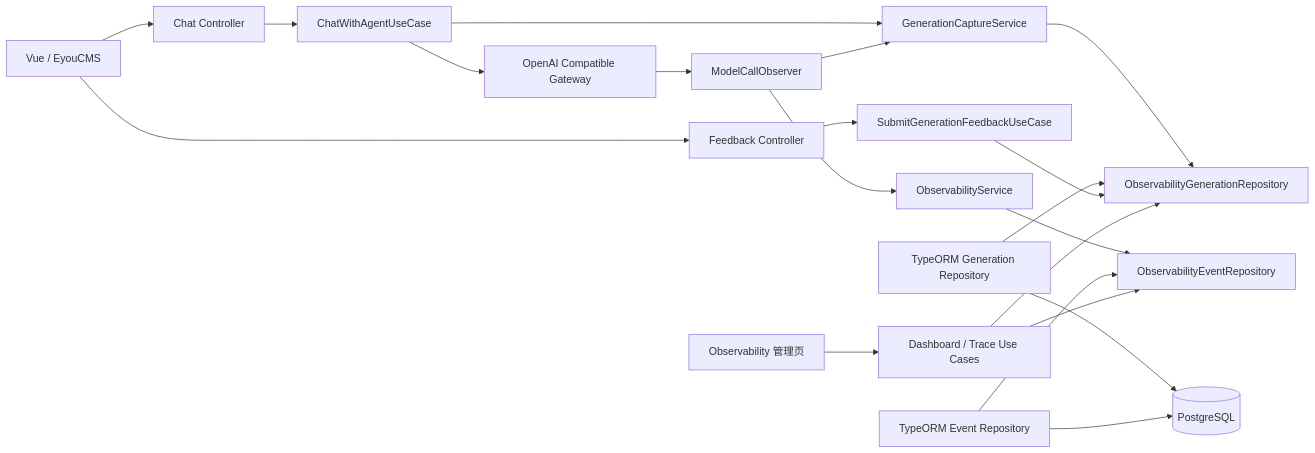
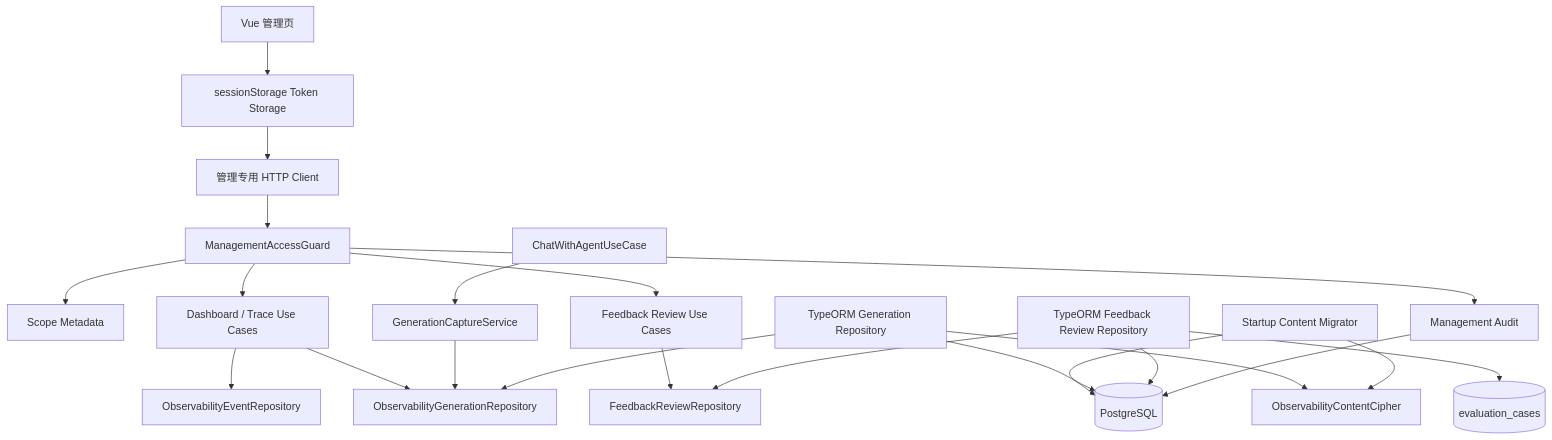
One commit to yiting001/agent changed the first of 6 diagrams in docs/modules/observability.md. Above: the diagram before and after it, drawn with Mermaid. The commit also changed other lines of this file and 112 other files, not shown here.

Commit message:
feat: add observability quality feedback loop

````diff
--- a/docs/modules/observability.md
+++ b/docs/modules/observability.md
@@ -99,22 +111,26 @@
 ```mermaid
-flowchart LR
-  Client[Vue / EyouCMS] --> ChatAPI[Chat Controller]
-  ChatAPI --> Chat[ChatWithAgentUseCase]
-  Chat --> Capture[GenerationCaptureService]
-  Chat --> Model[OpenAI Compatible Gateway]
-  Model --> Observer[ModelCallObserver]
-  Observer --> Capture
-  Observer --> EventService[ObservabilityService]
-  Capture --> GenerationPort[ObservabilityGenerationRepository]
-  EventService --> EventPort[ObservabilityEventRepository]
+flowchart TB
+  Browser[Vue 管理页] --> Token[sessionStorage Token Storage]
+  Token --> Http[管理专用 HTTP Client]
+  Http --> Guard[ManagementAccessGuard]
+  Guard --> Scope[Scope Metadata]
+  Guard --> Audit[Management Audit]
+
+  Guard --> Query[Dashboard / Trace Use Cases]
+  Guard --> Review[Feedback Review Use Cases]
+  Query --> EventPort[ObservabilityEventRepository]
+  Query --> GenerationPort[ObservabilityGenerationRepository]
+  Review --> ReviewPort[FeedbackReviewRepository]
+
+  Chat[ChatWithAgentUseCase] --> Capture[GenerationCaptureService]
+  Capture --> GenerationPort
   GenerationRepo[TypeORM Generation Repository] --> GenerationPort
-  EventRepo[TypeORM Event Repository] --> EventPort
-  GenerationRepo --> PostgreSQL[(PostgreSQL)]
-  EventRepo --> PostgreSQL
-  Client --> FeedbackAPI[Feedback Controller]
-  FeedbackAPI --> FeedbackUseCase[SubmitGenerationFeedbackUseCase]
-  FeedbackUseCase --> GenerationPort
-  Dashboard[Observability 管理页] --> Query[Dashboard / Trace Use Cases]
-  Query --> GenerationPort
-  Query --> EventPort
+  GenerationRepo --> Cipher[ObservabilityContentCipher]
+  Migrator[Startup Content Migrator] --> Cipher
+  Migrator --> PostgreSQL[(PostgreSQL)]
+  ReviewRepo[TypeORM Feedback Review Repository] --> ReviewPort
+  ReviewRepo --> EvaluationCase[(evaluation_cases)]
+  GenerationRepo --> PostgreSQL
+  ReviewRepo --> PostgreSQL
+  Audit --> PostgreSQL
 ```
````
